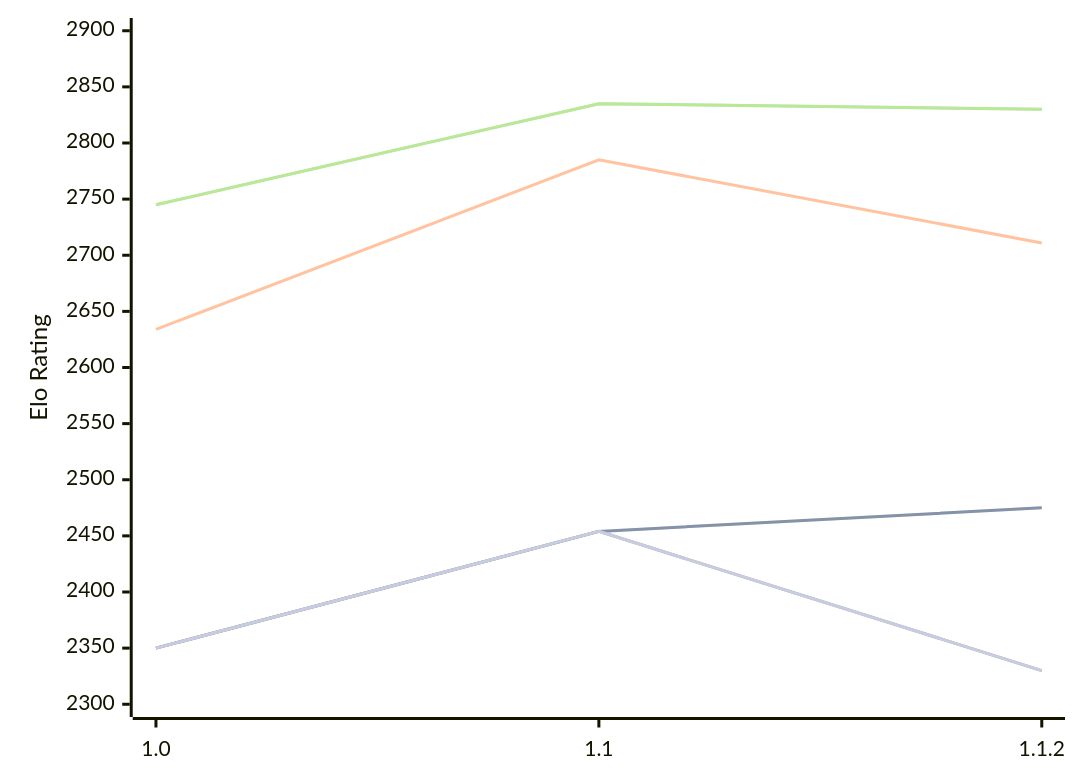
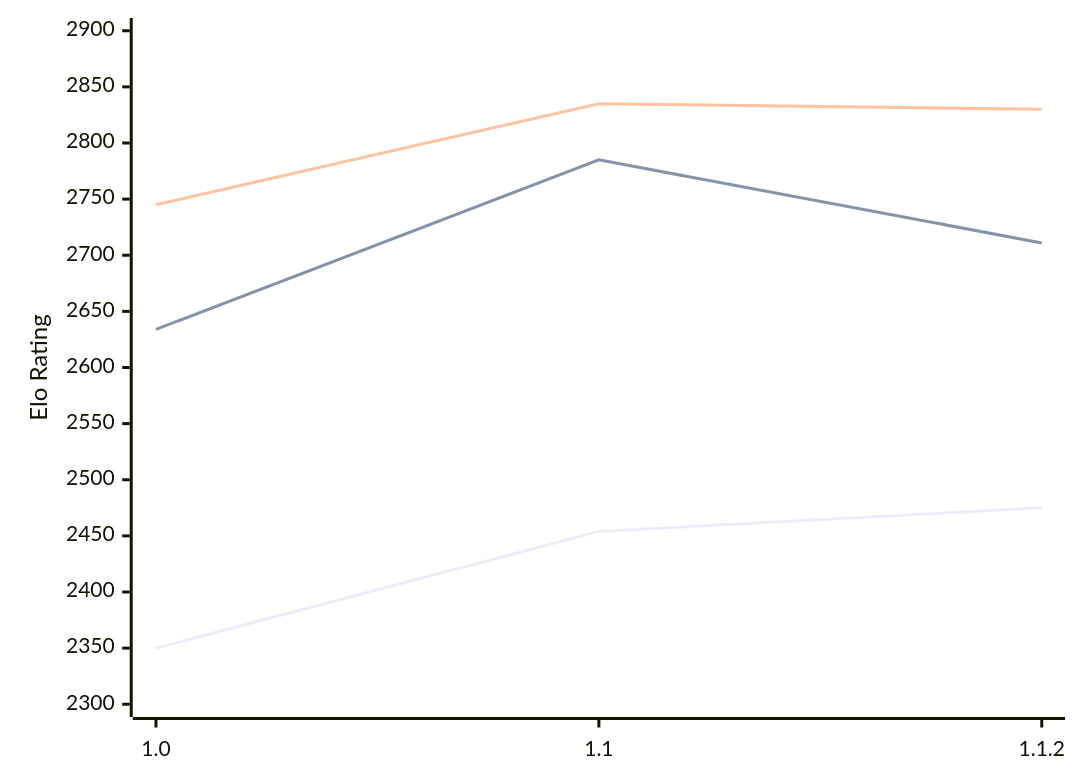
The diagram in engines/Casanchess.md (computer-chess-index/cci), drawn with Mermaid before and after one commit. The commit also changed other lines of this file, not shown here.

````diff
--- a/engines/Casanchess.md
+++ b/engines/Casanchess.md
@@ -49,13 +49,9 @@
 ```mermaid
 %%{init: {"theme":"base","themeVariables":{"seriesColors:['#a3a3a3','#222221','#faa371']}}}%%
 xychart-beta
   x-axis ["1.0", "1.1", "1.1.2"]
   y-axis "Elo Rating" 2300 --> 2900
-  line "" [2350, 2454, 2475]
   line "T1: STC (8.0+0.08s)" [2350, 2454, 2475]
   line "T1: LTC (60.0+0.60s)" [2634, 2785, 2711]
-  line "" [2745, 2835, 2830]
   line "T1: VLTC (2m24s+1.12s)" [2745, 2835, 2830]
-  line "" [2350, 2454,2330]
-  line "E1: STC (8.0+0.08s)" [2350, 2454,2330]
 ```
````
